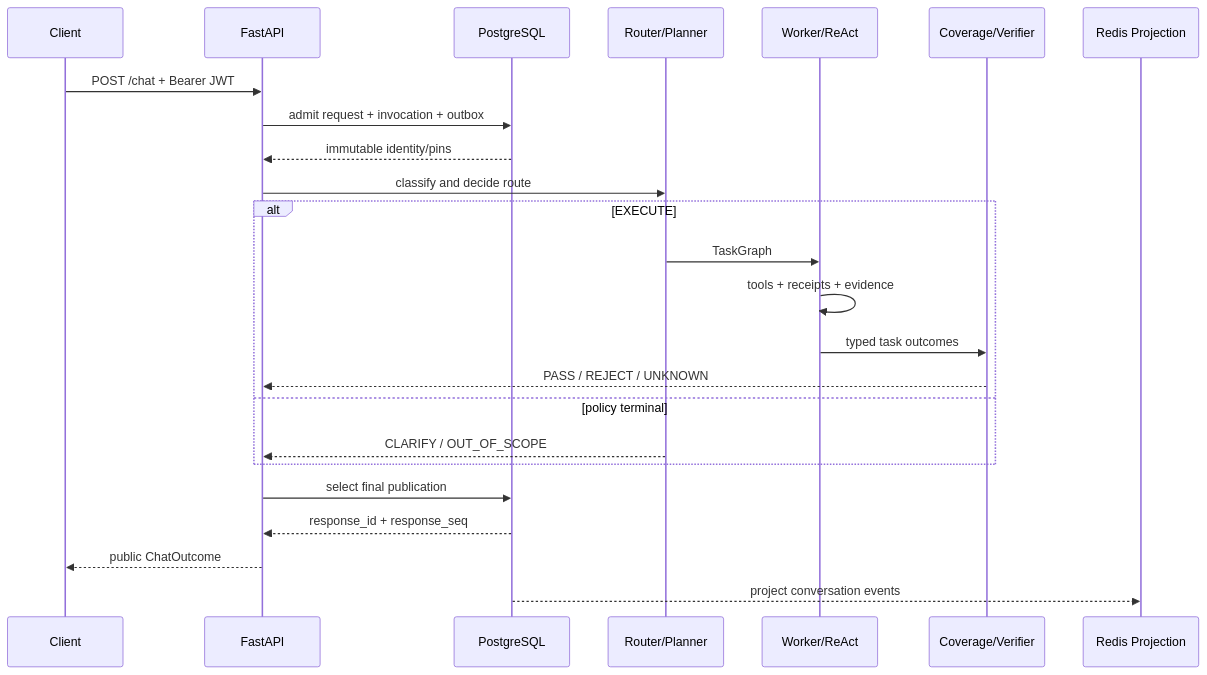
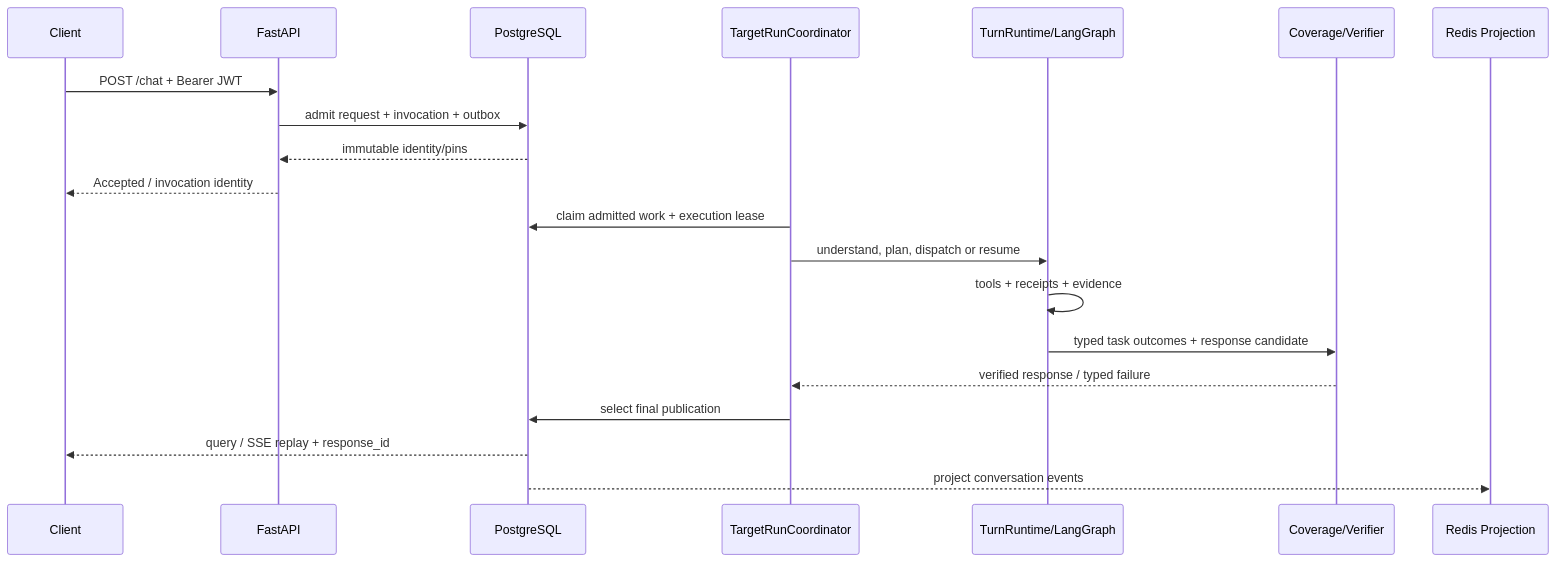
One commit to Garrulus21yyx/DialogPilot changed the second of 2 diagrams in docs/architecture.md. Above: the diagram before and after it, drawn with Mermaid. The commit also changed other lines of this file and 3 other files, not shown here.

Commit message:
docs: align current architecture with the unified Target runtime

````diff
--- a/docs/architecture.md
+++ b/docs/architecture.md
@@ -66,27 +70,23 @@
 ```mermaid
 sequenceDiagram
     participant C as Client
     participant A as FastAPI
     participant P as PostgreSQL
-    participant R as Router/Planner
-    participant W as Worker/ReAct
+    participant R as TargetRunCoordinator
+    participant W as TurnRuntime/LangGraph
     participant V as Coverage/Verifier
     participant X as Redis Projection
 
     C->>A: POST /chat + Bearer JWT
     A->>P: admit request + invocation + outbox
     P-->>A: immutable identity/pins
-    A->>R: classify and decide route
-    alt EXECUTE
-        R->>W: TaskGraph
-        W->>W: tools + receipts + evidence
-        W->>V: typed task outcomes
-        V-->>A: PASS / REJECT / UNKNOWN
-    else policy terminal
-        R-->>A: CLARIFY / OUT_OF_SCOPE
-    end
-    A->>P: select final publication
-    P-->>A: response_id + response_seq
-    A-->>C: public ChatOutcome
+    A-->>C: Accepted / invocation identity
+    R->>P: claim admitted work + execution lease
+    R->>W: understand, plan, dispatch or resume
+    W->>W: tools + receipts + evidence
+    W->>V: typed task outcomes + response candidate
+    V-->>R: verified response / typed failure
+    R->>P: select final publication
+    P-->>C: query / SSE replay + response_id
     P-->>X: project conversation events
 ```
````
